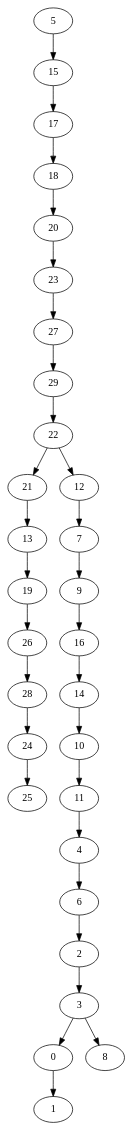
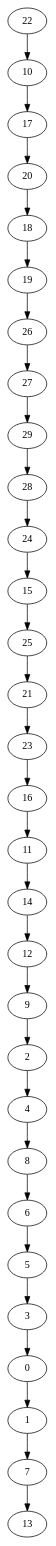
The diagram in files gv/DFS_I30BarasiAlbertgraph.gv (MiguelGarridoCastaneda/proyecto-parte2), drawn with Graphviz before and after one commit. The commit also changed 158 other files, not shown here.

```diff
--- a/files gv/DFS_I30BarasiAlbertgraph.gv
+++ b/files gv/DFS_I30BarasiAlbertgraph.gv
@@ -1,61 +1,61 @@
 digraph my_graph {
-5 [label=5]
-15 [label=15]
+22 [label=22]
+10 [label=10]
 17 [label=17]
+20 [label=20]
 18 [label=18]
-20 [label=20]
-23 [label=23]
+19 [label=19]
+26 [label=26]
 27 [label=27]
 29 [label=29]
-22 [label=22]
-21 [label=21]
-13 [label=13]
-19 [label=19]
-26 [label=26]
 28 [label=28]
 24 [label=24]
+15 [label=15]
 25 [label=25]
+21 [label=21]
+23 [label=23]
+16 [label=16]
+11 [label=11]
+14 [label=14]
 12 [label=12]
-7 [label=7]
 9 [label=9]
-16 [label=16]
-14 [label=14]
-10 [label=10]
-11 [label=11]
+2 [label=2]
 4 [label=4]
+8 [label=8]
 6 [label=6]
-2 [label=2]
+5 [label=5]
 3 [label=3]
 0 [label=0]
 1 [label=1]
-8 [label=8]
-5->15
-15->17
-17->18
-18->20
-20->23
-23->27
+7 [label=7]
+13 [label=13]
+22->10
+10->17
+17->20
+20->18
+18->19
+19->26
+26->27
 27->29
-29->22
-22->21
-21->13
-13->19
-19->26
-26->28
+29->28
 28->24
-24->25
-22->12
-12->7
-7->9
-9->16
-16->14
-14->10
-10->11
-11->4
-4->6
-6->2
-2->3
+24->15
+15->25
+25->21
+21->23
+23->16
+16->11
+11->14
+14->12
+12->9
+9->2
+2->4
+4->8
+8->6
+6->5
+5->3
 3->0
 0->1
-3->8
+1->7
+7->13
 }
```
